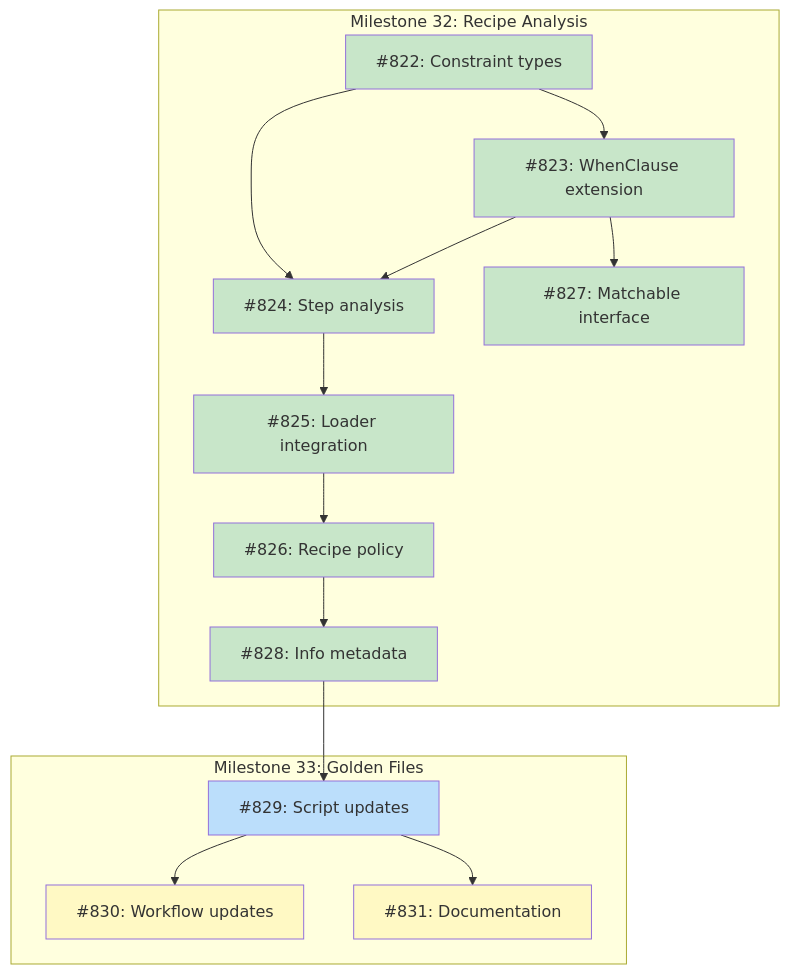
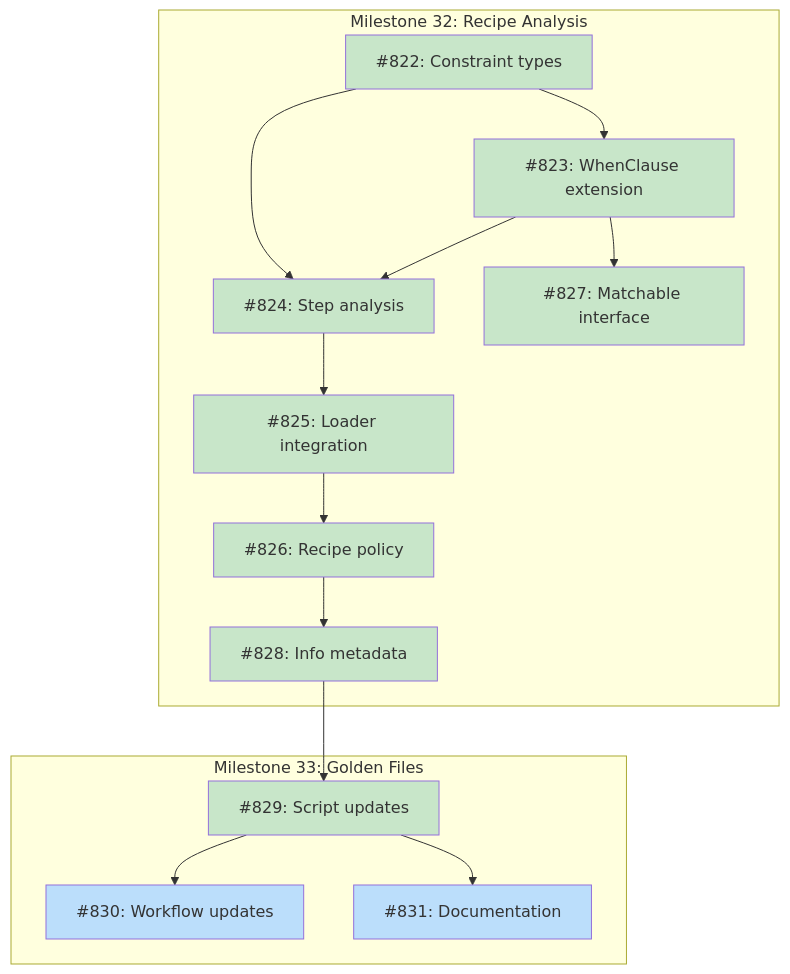
The diagram in docs/DESIGN-golden-family-support.md (tsukumogami/tsuku), drawn with Mermaid before and after one commit. The commit also changed 12 other files, not shown here.

````diff
--- a/docs/DESIGN-golden-family-support.md
+++ b/docs/DESIGN-golden-family-support.md
@@ -31,38 +31,37 @@
 ```mermaid
 graph TD
     subgraph M32["Milestone 32: Recipe Analysis"]
         I822["#822: Constraint types"]
         I823["#823: WhenClause extension"]
         I824["#824: Step analysis"]
         I825["#825: Loader integration"]
         I826["#826: Recipe policy"]
         I827["#827: Matchable interface"]
         I828["#828: Info metadata"]
     end
 
     subgraph M33["Milestone 33: Golden Files"]
         I829["#829: Script updates"]
         I830["#830: Workflow updates"]
         I831["#831: Documentation"]
     end
 
     I822 --> I823
     I822 --> I824
     I823 --> I824
     I823 --> I827
     I824 --> I825
     I825 --> I826
     I826 --> I828
     I828 --> I829
     I829 --> I830
     I829 --> I831
 
     classDef done fill:#c8e6c9
     classDef ready fill:#bbdefb
     classDef blocked fill:#fff9c4
     classDef needsDesign fill:#e1bee7
 
-    class I822,I823,I824,I825,I826,I827,I828 done
-    class I829 ready
-    class I830,I831 blocked
+    class I822,I823,I824,I825,I826,I827,I828,I829 done
+    class I830,I831 ready
 ```
````
